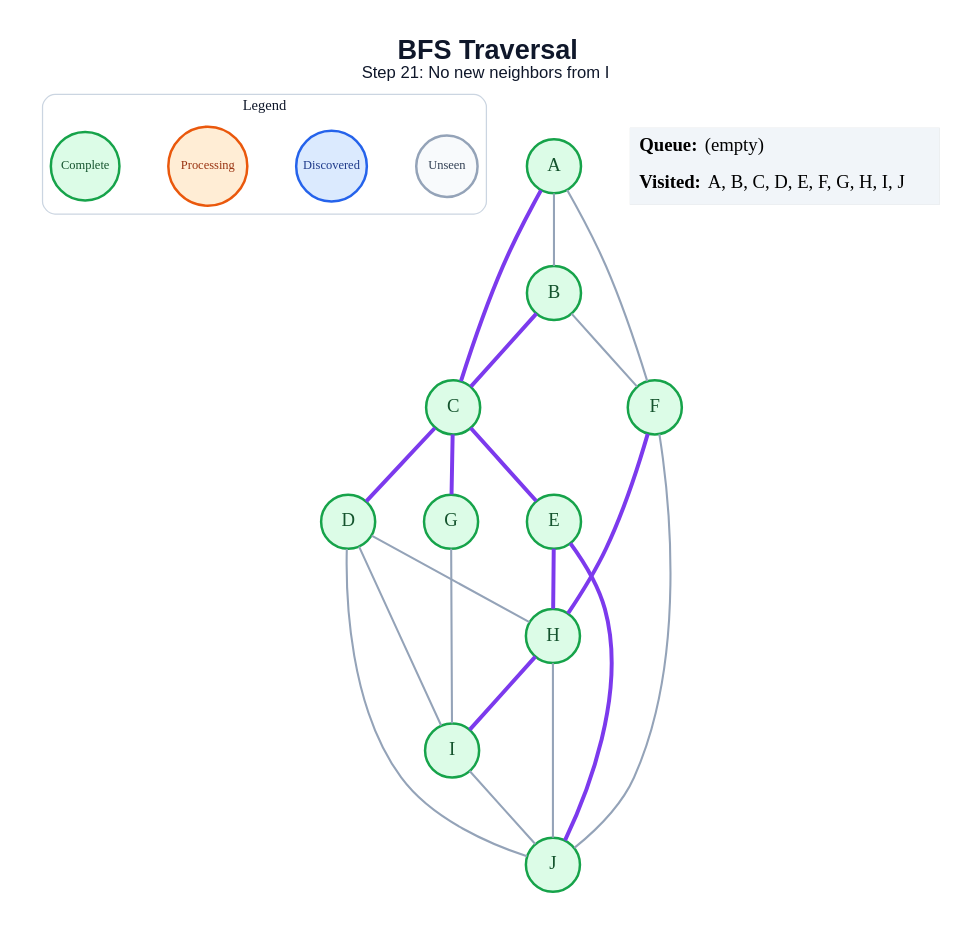
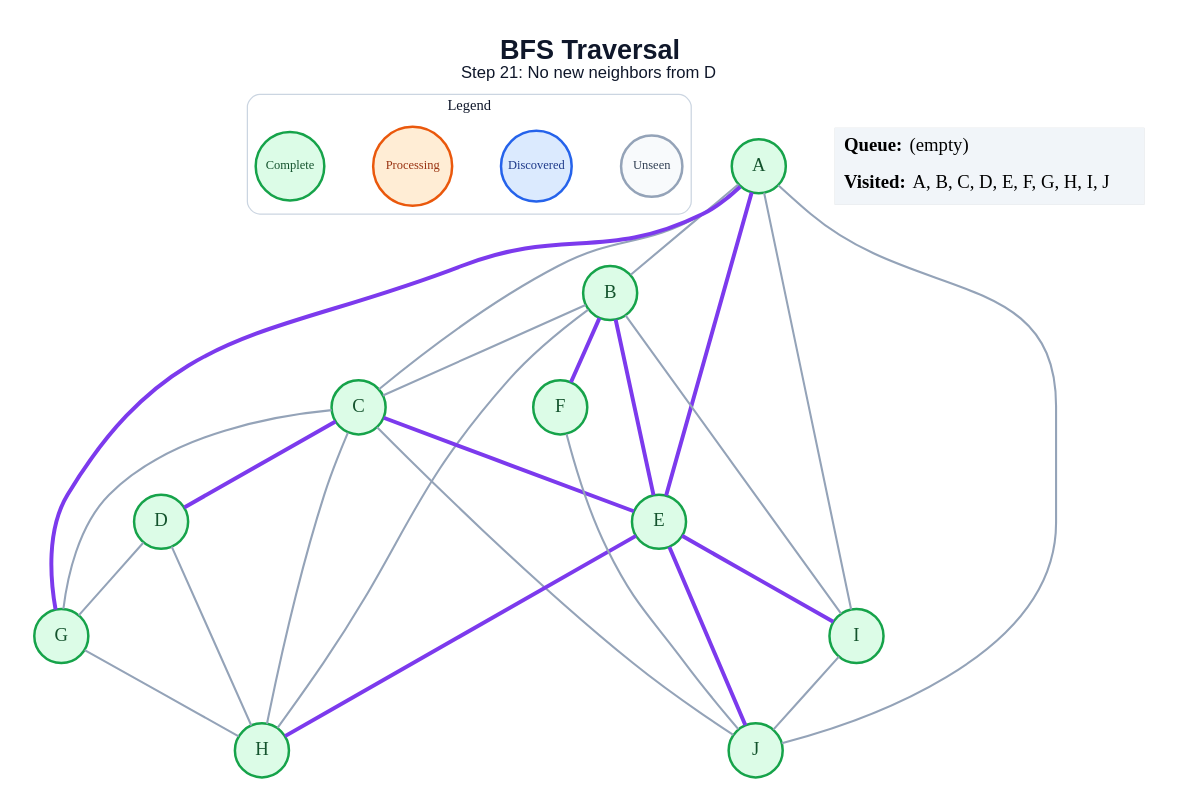
Before and after one commit to amanghodawala9/ai-slop: the diagram in generated/specific-node/bfs/step_21.dot, drawn with Graphviz. The commit also changed 178 other files, not shown here.

```diff
--- a/generated/specific-node/bfs/step_21.dot
+++ b/generated/specific-node/bfs/step_21.dot
@@ -1,48 +1,53 @@
 graph traversal {
   graph [layout=dot, rankdir=TB, bgcolor="#FFFFFF", pad="0.35", nodesep="0.65", ranksep="0.8", fontname="Arial"];
   node [shape=circle, style="filled", fontname="Arial Bold", fontsize=18, width=0.72, fixedsize=true, penwidth=2.4];
   edge [color="#94A3B8", penwidth=2.0];
-  label=<<B>BFS Traversal</B><BR/><FONT POINT-SIZE="16">Step 21: No new neighbors from I</FONT>>; labelloc="t"; fontsize=26; fontname="Arial"; fontcolor="#0F172A";
+  label=<<B>BFS Traversal</B><BR/><FONT POINT-SIZE="16">Step 21: No new neighbors from D</FONT>>; labelloc="t"; fontsize=26; fontname="Arial"; fontcolor="#0F172A";
   subgraph cluster_legend { label="Legend"; color="#CBD5E1"; penwidth=1.2; style="rounded"; fontsize=14; fontname="Arial Bold";
     key_unseen [label="Unseen", fillcolor="#F8FAFC", color="#94A3B8", fontcolor="#334155", fontsize=12, width=0.82];
     key_frontier [label="Discovered", fillcolor="#DBEAFE", color="#2563EB", fontcolor="#1E3A8A", fontsize=12, width=0.95];
     key_current [label="Processing", fillcolor="#FFEDD5", color="#EA580C", fontcolor="#9A3412", fontsize=12, width=1.05];
     key_done [label="Complete", fillcolor="#DCFCE7", color="#16A34A", fontcolor="#14532D", fontsize=12, width=0.92];
     { rank=same; key_unseen; key_frontier; key_current; key_done; }
   }
   A [fillcolor="#DCFCE7", color="#16A34A", fontcolor="#14532D"];
   B [fillcolor="#DCFCE7", color="#16A34A", fontcolor="#14532D"];
   C [fillcolor="#DCFCE7", color="#16A34A", fontcolor="#14532D"];
   D [fillcolor="#DCFCE7", color="#16A34A", fontcolor="#14532D"];
   E [fillcolor="#DCFCE7", color="#16A34A", fontcolor="#14532D"];
   F [fillcolor="#DCFCE7", color="#16A34A", fontcolor="#14532D"];
   G [fillcolor="#DCFCE7", color="#16A34A", fontcolor="#14532D"];
   H [fillcolor="#DCFCE7", color="#16A34A", fontcolor="#14532D"];
   I [fillcolor="#DCFCE7", color="#16A34A", fontcolor="#14532D"];
   J [fillcolor="#DCFCE7", color="#16A34A", fontcolor="#14532D"];
   A -- B;
-  A -- C [color="#7C3AED", penwidth=3.8];
-  A -- F;
-  B -- C [color="#7C3AED", penwidth=3.8];
-  B -- F;
+  A -- C;
+  A -- E [color="#7C3AED", penwidth=3.8];
+  A -- G [color="#7C3AED", penwidth=3.8];
+  A -- I;
+  A -- J;
+  B -- C;
+  B -- E [color="#7C3AED", penwidth=3.8];
+  B -- F [color="#7C3AED", penwidth=3.8];
+  B -- H;
+  B -- I;
   C -- D [color="#7C3AED", penwidth=3.8];
   C -- E [color="#7C3AED", penwidth=3.8];
-  C -- G [color="#7C3AED", penwidth=3.8];
+  C -- G;
+  C -- H;
+  C -- J;
+  D -- G;
   D -- H;
-  D -- I;
-  D -- J;
   E -- H [color="#7C3AED", penwidth=3.8];
+  E -- I [color="#7C3AED", penwidth=3.8];
   E -- J [color="#7C3AED", penwidth=3.8];
-  F -- H [color="#7C3AED", penwidth=3.8];
   F -- J;
-  G -- I;
-  H -- I [color="#7C3AED", penwidth=3.8];
-  H -- J;
+  G -- H;
   I -- J;
   status [shape=plain, fixedsize=false, width=0, height=0, margin=0, label=<
     <TABLE BORDER="0" CELLBORDER="0" CELLPADDING="7" BGCOLOR="#F1F5F9">
       <TR><TD ALIGN="LEFT"><B>Queue:</B> (empty)</TD></TR>
       <TR><TD ALIGN="LEFT"><B>Visited:</B> A, B, C, D, E, F, G, H, I, J</TD></TR>
     </TABLE>
   >];
 }
```
